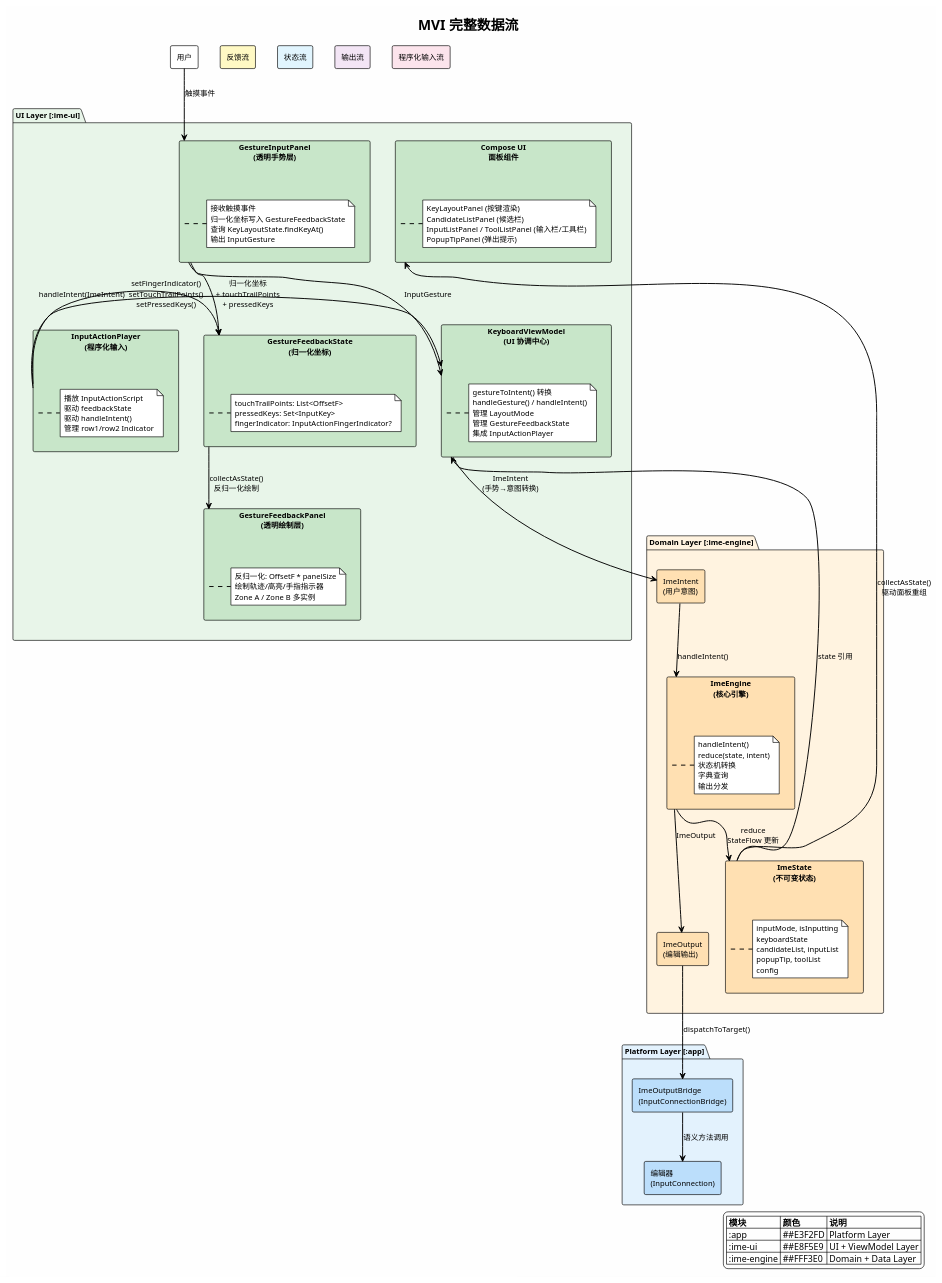
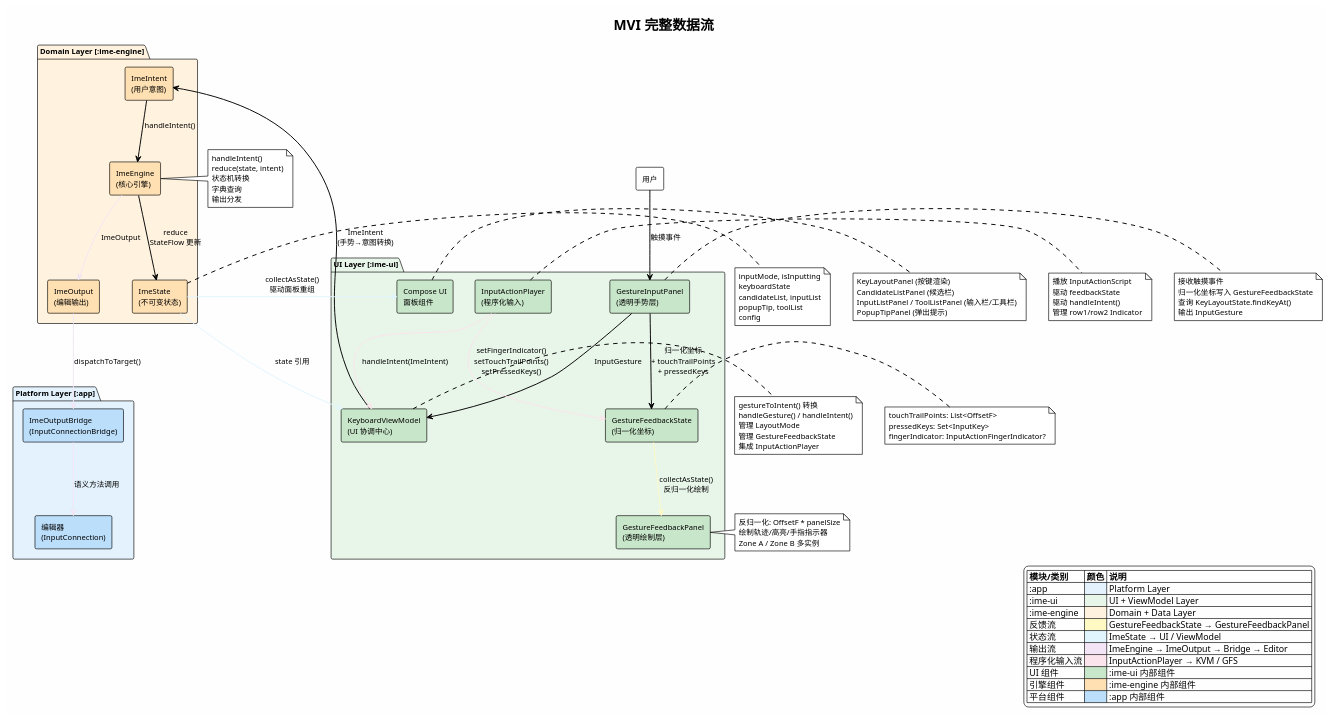
One commit to crazydan-studio/kuaizi-ime-android changed the diagram in docs/ai-agent/v4/design/diagrams/mvi-data-flow.puml. Above: the diagram before and after it, drawn with PlantUML. The commit also changed 17 other files, not shown here.

First line of the commit message:
fix: 修复 PlantUML 图表渲染问题、移除孤立文件、补充 Screen 类归属

```diff
--- a/docs/ai-agent/v4/design/diagrams/mvi-data-flow.puml
+++ b/docs/ai-agent/v4/design/diagrams/mvi-data-flow.puml
@@ -1,139 +1,130 @@
 @startuml mvi-data-flow
+allowmixing
 !theme plain
 skinparam backgroundColor #FEFEFE
 skinparam defaultFontSize 12
 skinparam arrowThickness 1.5
 
 title MVI 完整数据流
 
 legend right
-  |= 模块 |= 颜色 |= 说明 |
-  | :app | ##E3F2FD | Platform Layer |
-  | :ime-ui | ##E8F5E9 | UI + ViewModel Layer |
-  | :ime-engine | ##FFF3E0 | Domain + Data Layer |
+  |= 模块/类别 |= 颜色 |= 说明 |
+  | :app | <#E3F2FD> | Platform Layer |
+  | :ime-ui | <#E8F5E9> | UI + ViewModel Layer |
+  | :ime-engine | <#FFF3E0> | Domain + Data Layer |
+  | 反馈流 | <#FFF9C4> | GestureFeedbackState → GestureFeedbackPanel |
+  | 状态流 | <#E1F5FE> | ImeState → UI / ViewModel |
+  | 输出流 | <#F3E5F5> | ImeEngine → ImeOutput → Bridge → Editor |
+  | 程序化输入流 | <#FCE4EC> | InputActionPlayer → KVM / GFS |
+  | UI 组件 | <#C8E6C9> | :ime-ui 内部组件 |
+  | 引擎组件 | <#FFE0B2> | :ime-engine 内部组件 |
+  | 平台组件 | <#BBDEFB> | :app 内部组件 |
 endlegend
 
 ' ===== 用户手势输入流（主流程） =====
 
-rectangle "用户" as User #FFFFFF {
-}
+rectangle "用户" as User #FFFFFF
 
 package "UI Layer [:ime-ui]" #E8F5E9 {
-  rectangle "GestureInputPanel\n(透明手势层)" as GIP #C8E6C9 {
-    note right of GIP
-      接收触摸事件
-      归一化坐标写入 GestureFeedbackState
-      查询 KeyLayoutState.findKeyAt()
-      输出 InputGesture
-    end note
-  }
-
-  rectangle "KeyboardViewModel\n(UI 协调中心)" as KVM #C8E6C9 {
-    note right of KVM
-      gestureToIntent() 转换
-      handleGesture() / handleIntent()
-      管理 LayoutMode
-      管理 GestureFeedbackState
-      集成 InputActionPlayer
-    end note
-  }
-
-  rectangle "GestureFeedbackState\n(归一化坐标)" as GFS #C8E6C9 {
-    note right of GFS
-      touchTrailPoints: List<OffsetF>
-      pressedKeys: Set<InputKey>
-      fingerIndicator: InputActionFingerIndicator?
-    end note
-  }
-
-  rectangle "GestureFeedbackPanel\n(透明绘制层)" as GFP #C8E6C9 {
-    note right of GFP
-      反归一化: OffsetF * panelSize
-      绘制轨迹/高亮/手指指示器
-      Zone A / Zone B 多实例
-    end note
-  }
-
-  rectangle "Compose UI\n面板组件" as UI #C8E6C9 {
-    note right of UI
-      KeyLayoutPanel (按键渲染)
-      CandidateListPanel (候选栏)
-      InputListPanel / ToolListPanel (输入栏/工具栏)
-      PopupTipPanel (弹出提示)
-    end note
-  }
-
-  rectangle "InputActionPlayer\n(程序化输入)" as IAP #C8E6C9 {
-    note right of IAP
-      播放 InputActionScript
-      驱动 feedbackState
-      驱动 handleIntent()
-      管理 row1/row2 Indicator
-    end note
-  }
+  rectangle "GestureInputPanel\n(透明手势层)" as GIP #C8E6C9
+  rectangle "KeyboardViewModel\n(UI 协调中心)" as KVM #C8E6C9
+  rectangle "GestureFeedbackState\n(归一化坐标)" as GFS #C8E6C9
+  rectangle "GestureFeedbackPanel\n(透明绘制层)" as GFP #C8E6C9
+  rectangle "Compose UI\n面板组件" as UI #C8E6C9
+  rectangle "InputActionPlayer\n(程序化输入)" as IAP #C8E6C9
 }
 
 package "Domain Layer [:ime-engine]" #FFF3E0 {
-  rectangle "ImeEngine\n(核心引擎)" as IE #FFE0B2 {
-    note right of IE
-      handleIntent()
-      reduce(state, intent)
-      状态机转换
-      字典查询
-      输出分发
-    end note
-  }
-
+  rectangle "ImeEngine\n(核心引擎)" as IE #FFE0B2
   rectangle "ImeIntent\n(用户意图)" as II #FFE0B2
-  rectangle "ImeState\n(不可变状态)" as IS #FFE0B2 {
-    note right of IS
-      inputMode, isInputting
-      keyboardState
-      candidateList, inputList
-      popupTip, toolList
-      config
-    end note
-  }
+  rectangle "ImeState\n(不可变状态)" as IS #FFE0B2
   rectangle "ImeOutput\n(编辑输出)" as IO #FFE0B2
 }
 
 package "Platform Layer [:app]" #E3F2FD {
   rectangle "ImeOutputBridge\n(InputConnectionBridge)" as Bridge #BBDEFB
   rectangle "编辑器\n(InputConnection)" as Editor #BBDEFB
 }
 
 ' ===== 用户手势输入流 =====
 User -down-> GIP : 触摸事件
 GIP -down-> GFS : 归一化坐标\n+ touchTrailPoints\n+ pressedKeys
 GIP -down-> KVM : InputGesture
 KVM -down-> II : ImeIntent\n(手势→意图转换)
 II -down-> IE : handleIntent()
 IE -down-> IS : reduce\nStateFlow 更新
 
 ' ===== 反馈流 =====
-GFS -down-> GFP : collectAsState()\n反归一化绘制
+GFS -[#FFF9C4]-> GFP : collectAsState()\n反归一化绘制
 
 ' ===== 状态流 =====
-IS -up-> UI : collectAsState()\n驱动面板重组
-IS -up-> KVM : state 引用
+IS -[#E1F5FE]-> UI : collectAsState()\n驱动面板重组
+IS -[#E1F5FE]-> KVM : state 引用
 
 ' ===== 输出流 =====
-IE -down-> IO : ImeOutput
-IO -down-> Bridge : dispatchToTarget()
-Bridge -down-> Editor : 语义方法调用
+IE -[#F3E5F5]-> IO : ImeOutput
+IO -[#F3E5F5]-> Bridge : dispatchToTarget()
+Bridge -[#F3E5F5]-> Editor : 语义方法调用
 
 ' ===== 程序化输入流 =====
-IAP -left-> KVM : handleIntent(ImeIntent)
-IAP -left-> GFS : setFingerIndicator()\nsetTouchTrailPoints()\nsetPressedKeys()
+IAP -[#FCE4EC]-> KVM : handleIntent(ImeIntent)
+IAP -[#FCE4EC]-> GFS : setFingerIndicator()\nsetTouchTrailPoints()\nsetPressedKeys()
 
-' ===== 分组标注 =====
-rectangle "反馈流" #FFF9C4 {
-}
-rectangle "状态流" #E1F5FE {
-}
-rectangle "输出流" #F3E5F5 {
-}
-rectangle "程序化输入流" #FCE4EC {
-}
+note right of GIP
+  接收触摸事件
+  归一化坐标写入 GestureFeedbackState
+  查询 KeyLayoutState.findKeyAt()
+  输出 InputGesture
+end note
+
+note right of KVM
+  gestureToIntent() 转换
+  handleGesture() / handleIntent()
+  管理 LayoutMode
+  管理 GestureFeedbackState
+  集成 InputActionPlayer
+end note
+
+note right of GFS
+  touchTrailPoints: List<OffsetF>
+  pressedKeys: Set<InputKey>
+  fingerIndicator: InputActionFingerIndicator?
+end note
+
+note right of GFP
+  反归一化: OffsetF * panelSize
+  绘制轨迹/高亮/手指指示器
+  Zone A / Zone B 多实例
+end note
+
+note right of UI
+  KeyLayoutPanel (按键渲染)
+  CandidateListPanel (候选栏)
+  InputListPanel / ToolListPanel (输入栏/工具栏)
+  PopupTipPanel (弹出提示)
+end note
+
+note right of IAP
+  播放 InputActionScript
+  驱动 feedbackState
+  驱动 handleIntent()
+  管理 row1/row2 Indicator
+end note
+
+note right of IE
+  handleIntent()
+  reduce(state, intent)
+  状态机转换
+  字典查询
+  输出分发
+end note
+
+note right of IS
+  inputMode, isInputting
+  keyboardState
+  candidateList, inputList
+  popupTip, toolList
+  config
+end note
 
 @enduml
```
